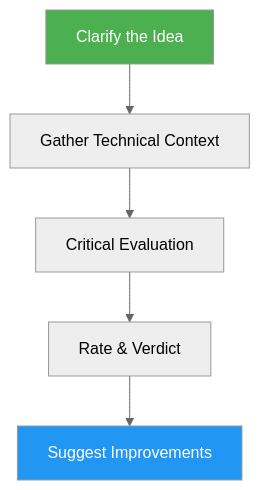
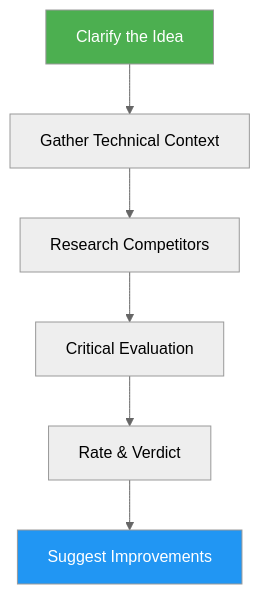
The diagram in skills/idea-validator/README.md (luongnv89/skills), drawn with Mermaid (neutral theme) before and after one commit. The commit also changed other lines of this file and 1 other file, not shown here.

Commit message:
feat(idea-validator): add competitive landscape research phase (v1.3.0)
New Phase 3 searches the internet for direct competitors, adjacent solutions,
and failed predecessors before critical evaluation — grounds analysis in real
market data instead of guessing.

````diff
--- a/skills/idea-validator/README.md
+++ b/skills/idea-validator/README.md
@@ -23,9 +24,10 @@
 ```mermaid
 graph TD
     A["Clarify the Idea"] --> B["Gather Technical Context"]
-    B --> C["Critical Evaluation"]
-    C --> D["Rate & Verdict"]
-    D --> E["Suggest Improvements"]
+    B --> C["Research Competitors"]
+    C --> D["Critical Evaluation"]
+    D --> E["Rate & Verdict"]
+    E --> F["Suggest Improvements"]
     style A fill:#4CAF50,color:#fff
-    style E fill:#2196F3,color:#fff
+    style F fill:#2196F3,color:#fff
 ```
````
